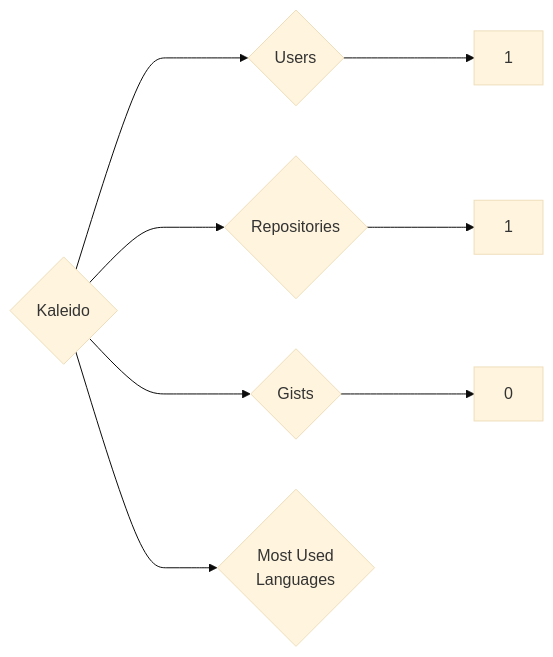
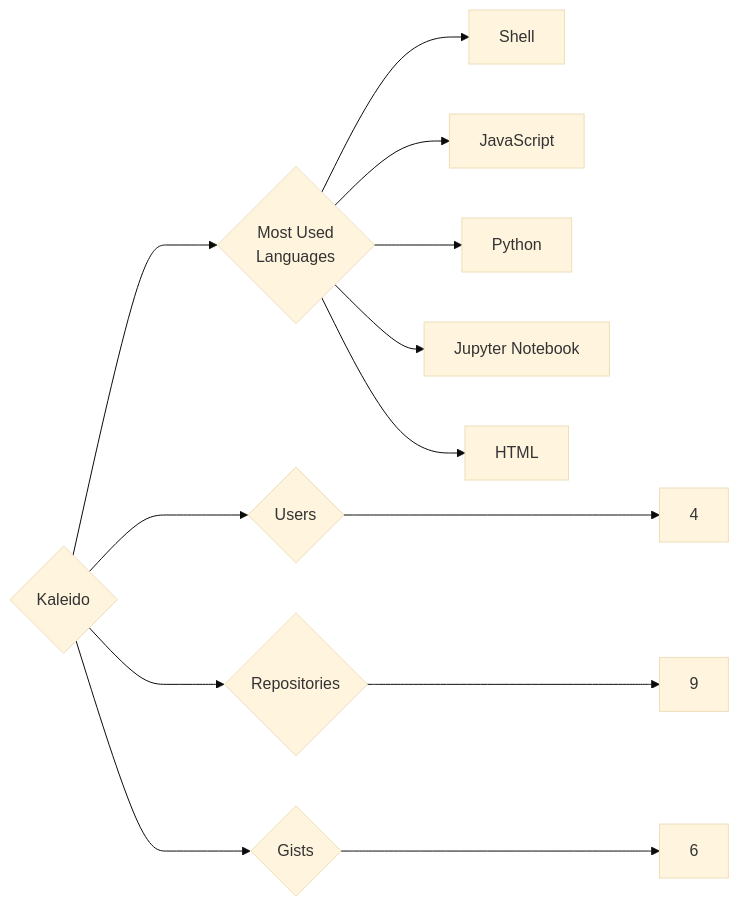
The diagram in targets/Kaleido/README.md (trickest/insiders), drawn with Mermaid (base theme) before and after one commit. The commit also changed 1248 other files, not shown here.

````diff
--- a/targets/Kaleido/README.md
+++ b/targets/Kaleido/README.md
@@ -3,8 +3,13 @@
 ```mermaid
 graph LR
 COMPANY_NAME{Kaleido}
-COMPANY_NAME ---> U{Users} ---> UN[1]
-COMPANY_NAME ---> R{Repositories} ---> RN[1]
-COMPANY_NAME ---> G{Gists} ---> GN[0]
+COMPANY_NAME ---> U{Users} ---> UN[4]
+COMPANY_NAME ---> R{Repositories} ---> RN[9]
+COMPANY_NAME ---> G{Gists} ---> GN[6]
 COMPANY_NAME ---> ML{Most Used<br>Languages}
+ML --> Shell[Shell]
+ML --> JavaScript[JavaScript]
+ML --> Python[Python]
+ML --> Jupyter_Notebook[Jupyter Notebook]
+ML --> HTML[HTML]
 ```
````
